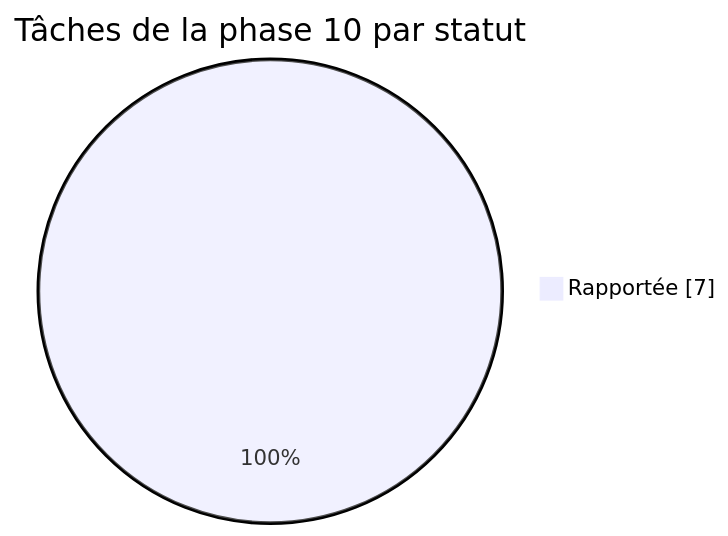
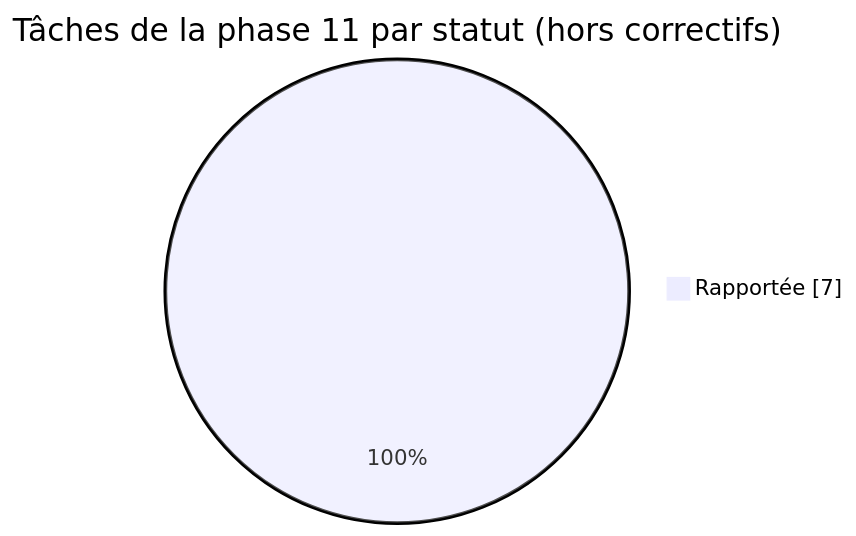
Before and after one commit to lyon32/lyonpanel: the third of 5 diagrams in docs/reports/TABLEAU-DE-BORD.md, drawn with Mermaid. The commit also changed other lines of this file and 6 other files, not shown here.

Commit message:
docs(phase-11): rapports, bilan, CHANGELOG, ROADMAP et tableau de bord

````diff
--- a/docs/reports/TABLEAU-DE-BORD.md
+++ b/docs/reports/TABLEAU-DE-BORD.md
@@ -80,5 +82,5 @@
 ```mermaid
 pie showData
-  title Tâches de la phase 10 par statut
+  title Tâches de la phase 11 par statut (hors correctifs)
   "Rapportée" : 7
 ```
````
